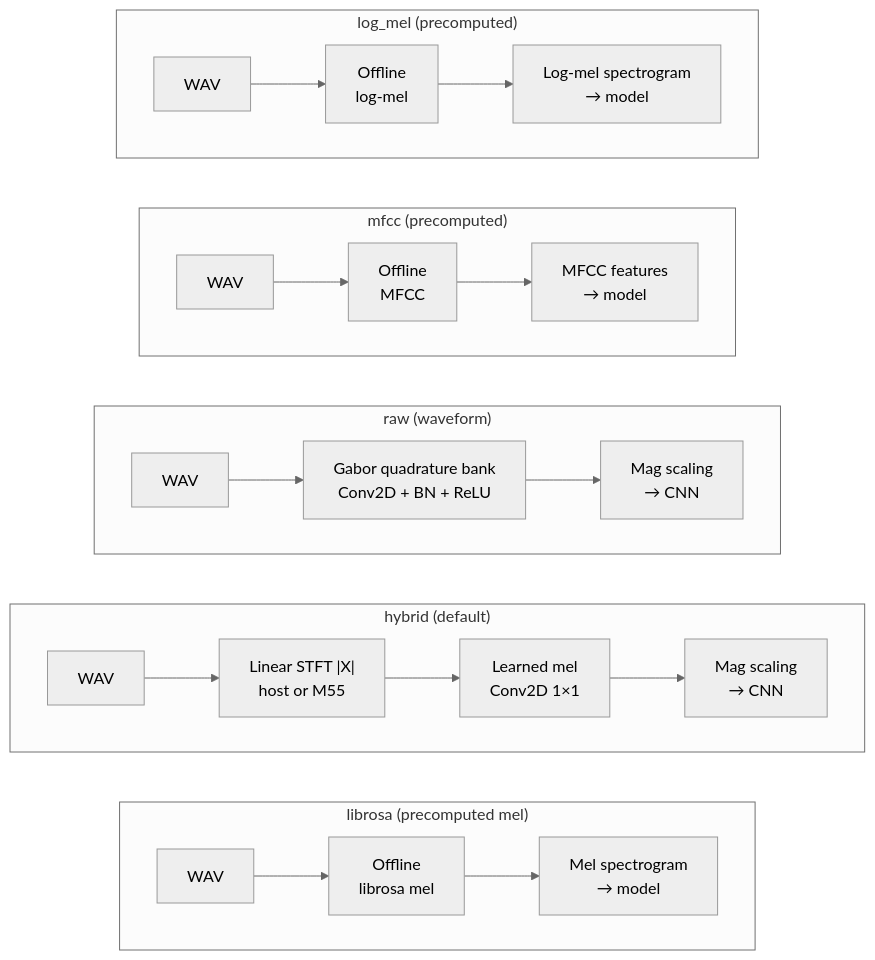
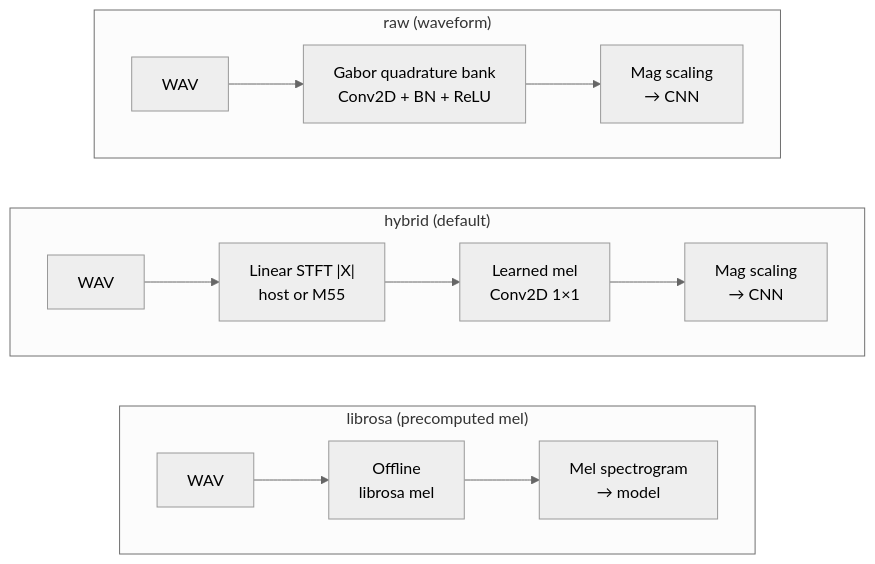
Before and after one commit to birdnet-team/birdnet-stm32: the diagram in docs/dev/audio-frontends.md, drawn with Mermaid (neutral theme). The commit also changed other lines of this file and 46 other files, not shown here.

````diff
--- a/docs/dev/audio-frontends.md
+++ b/docs/dev/audio-frontends.md
@@ -9,23 +11,15 @@
 ```mermaid
 flowchart LR
     subgraph librosa ["librosa (precomputed mel)"]
         direction LR
         L1["WAV"] --> L2["Offline\nlibrosa mel"] --> L3["Mel spectrogram\n→ model"]
     end
     subgraph hybrid ["hybrid (default)"]
         direction LR
         H1["WAV"] --> H2["Linear STFT |X|\nhost or M55"] --> H3["Learned mel\nConv2D 1×1"] --> H4["Mag scaling\n→ CNN"]
     end
     subgraph raw ["raw (waveform)"]
         direction LR
         R1["WAV"] --> R2["Gabor quadrature bank\nConv2D + BN + ReLU"] --> R3["Mag scaling\n→ CNN"]
     end
-    subgraph mfcc ["mfcc (precomputed)"]
-        direction LR
-        M1["WAV"] --> M2["Offline\nMFCC"] --> M3["MFCC features\n→ model"]
-    end
-    subgraph log_mel ["log_mel (precomputed)"]
-        direction LR
-        LM1["WAV"] --> LM2["Offline\nlog-mel"] --> LM3["Log-mel spectrogram\n→ model"]
-    end
 ```
````
